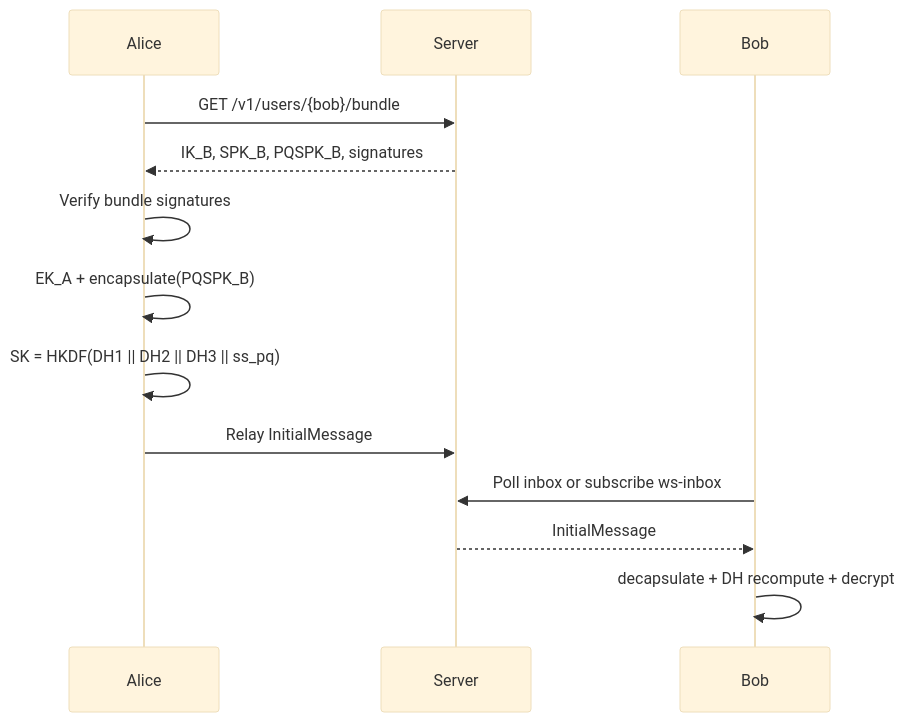
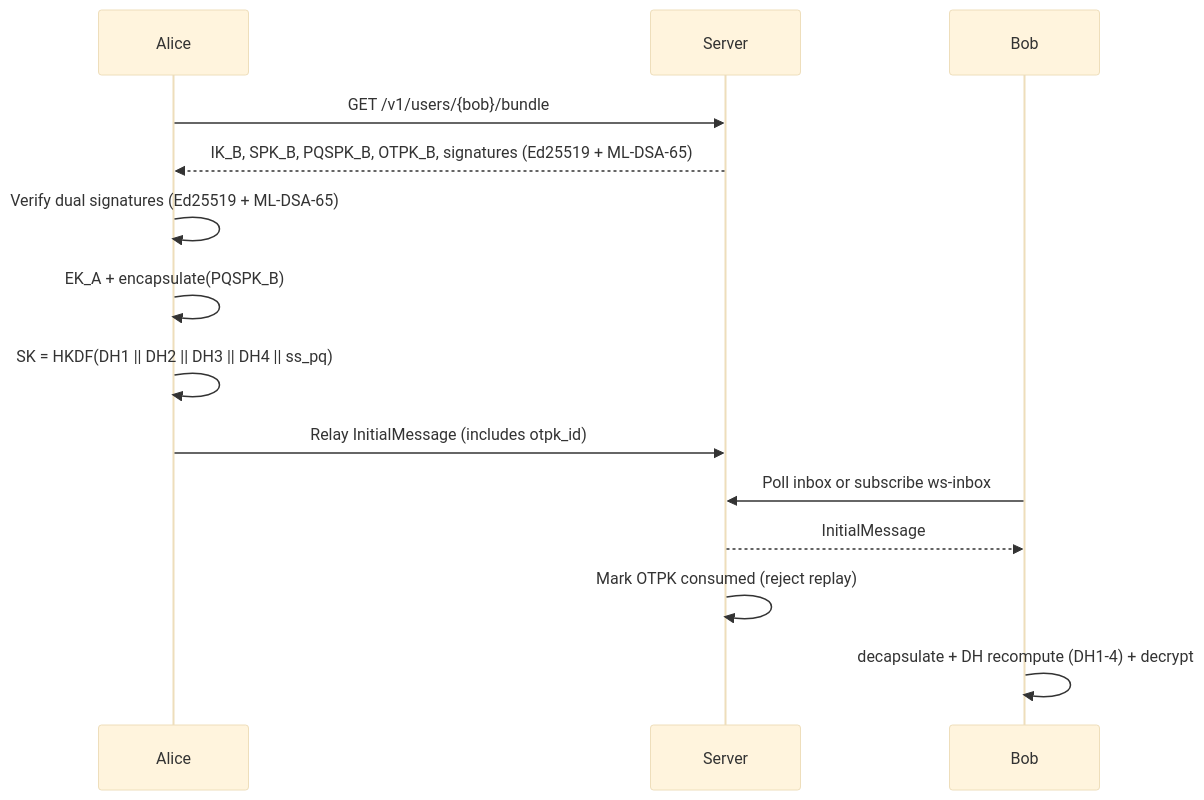
Before and after one commit to ErenAri/post-quantum-messaging-app: the diagram in docs/SPEC.md, drawn with Mermaid (base theme). The commit also changed other lines of this file and 73 other files, not shown here.

````diff
--- a/docs/SPEC.md
+++ b/docs/SPEC.md
@@ -19,15 +20,16 @@
 ```mermaid
 sequenceDiagram
     participant A as Alice
     participant S as Server
     participant B as Bob
     A->>S: GET /v1/users/{bob}/bundle
-    S-->>A: IK_B, SPK_B, PQSPK_B, signatures
-    A->>A: Verify bundle signatures
+    S-->>A: IK_B, SPK_B, PQSPK_B, OTPK_B, signatures (Ed25519 + ML-DSA-65)
+    A->>A: Verify dual signatures (Ed25519 + ML-DSA-65)
     A->>A: EK_A + encapsulate(PQSPK_B)
-    A->>A: SK = HKDF(DH1 || DH2 || DH3 || ss_pq)
-    A->>S: Relay InitialMessage
+    A->>A: SK = HKDF(DH1 || DH2 || DH3 || DH4 || ss_pq)
+    A->>S: Relay InitialMessage (includes otpk_id)
     B->>S: Poll inbox or subscribe ws-inbox
     S-->>B: InitialMessage
-    B->>B: decapsulate + DH recompute + decrypt
+    S->>S: Mark OTPK consumed (reject replay)
+    B->>B: decapsulate + DH recompute (DH1-4) + decrypt
 ```
````
